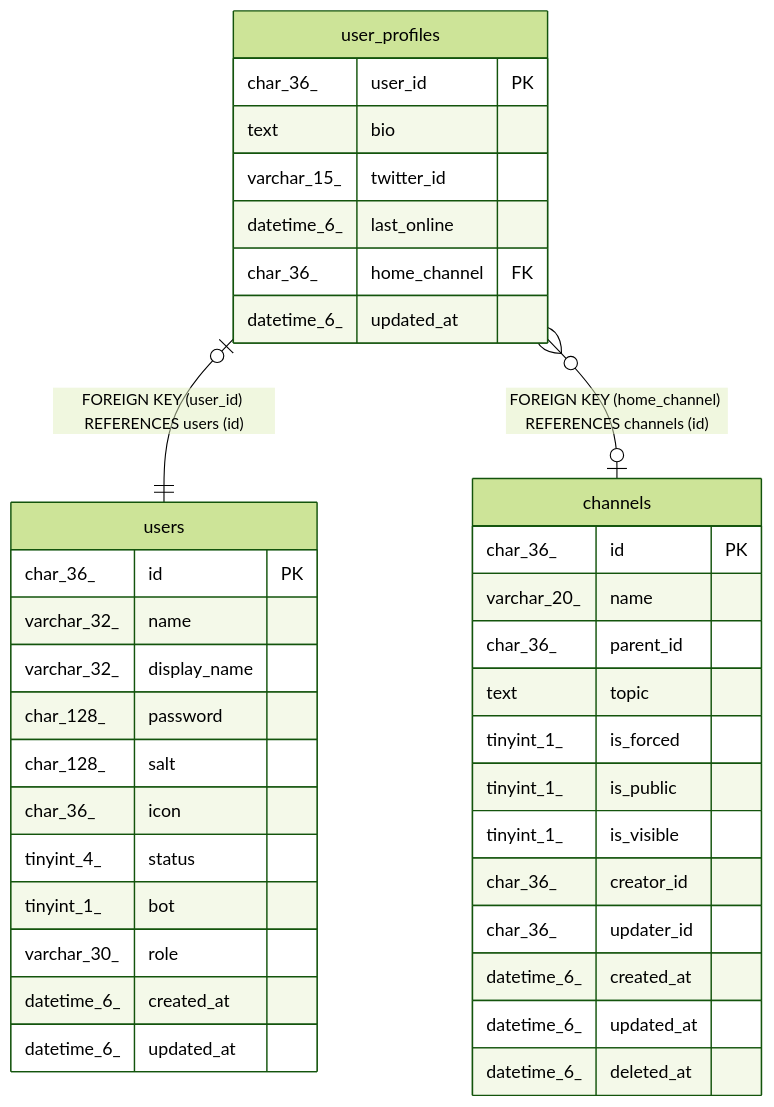
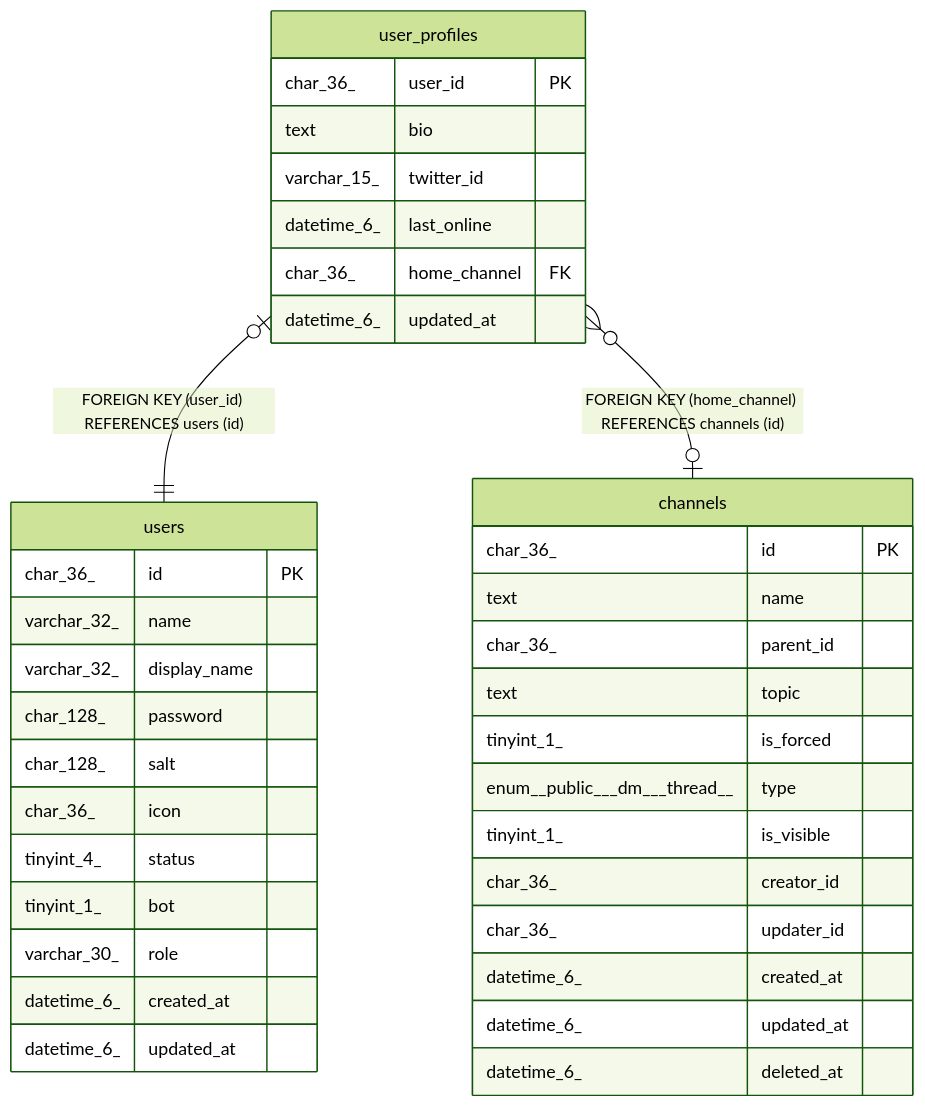
One commit to traPtitech/traQ changed the diagram in docs/dbSchema/user_profiles.md. Above: the diagram before and after it, drawn with Mermaid (forest theme). The commit also changed 13 other files, not shown here.

````diff
--- a/docs/dbSchema/user_profiles.md
+++ b/docs/dbSchema/user_profiles.md
@@ -55,42 +55,42 @@
 ```mermaid
 erDiagram
 
 "user_profiles" |o--|| "users" : "FOREIGN KEY (user_id) REFERENCES users (id)"
 "user_profiles" }o--o| "channels" : "FOREIGN KEY (home_channel) REFERENCES channels (id)"
 
 "user_profiles" {
   char_36_ user_id PK
   text bio
   varchar_15_ twitter_id
   datetime_6_ last_online
   char_36_ home_channel FK
   datetime_6_ updated_at
 }
 "users" {
   char_36_ id PK
   varchar_32_ name
   varchar_32_ display_name
   char_128_ password
   char_128_ salt
   char_36_ icon
   tinyint_4_ status
   tinyint_1_ bot
   varchar_30_ role
   datetime_6_ created_at
   datetime_6_ updated_at
 }
 "channels" {
   char_36_ id PK
-  varchar_20_ name
+  text name
   char_36_ parent_id
   text topic
   tinyint_1_ is_forced
-  tinyint_1_ is_public
+  enum__public___dm___thread__ type
   tinyint_1_ is_visible
   char_36_ creator_id
   char_36_ updater_id
   datetime_6_ created_at
   datetime_6_ updated_at
   datetime_6_ deleted_at
 }
 ```
````
